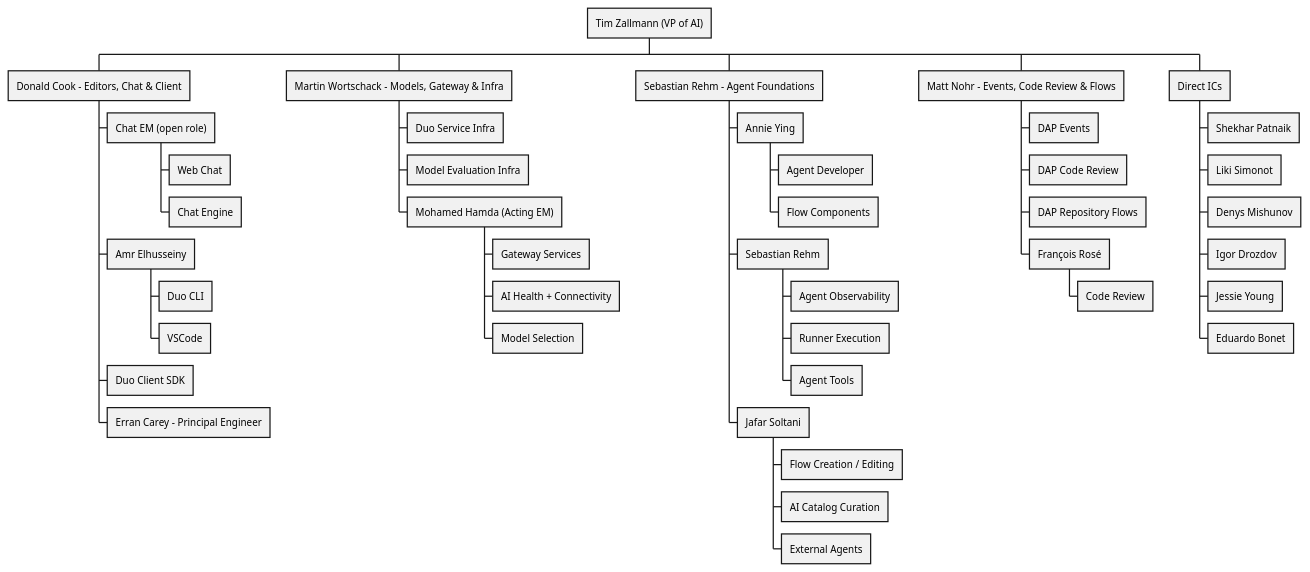
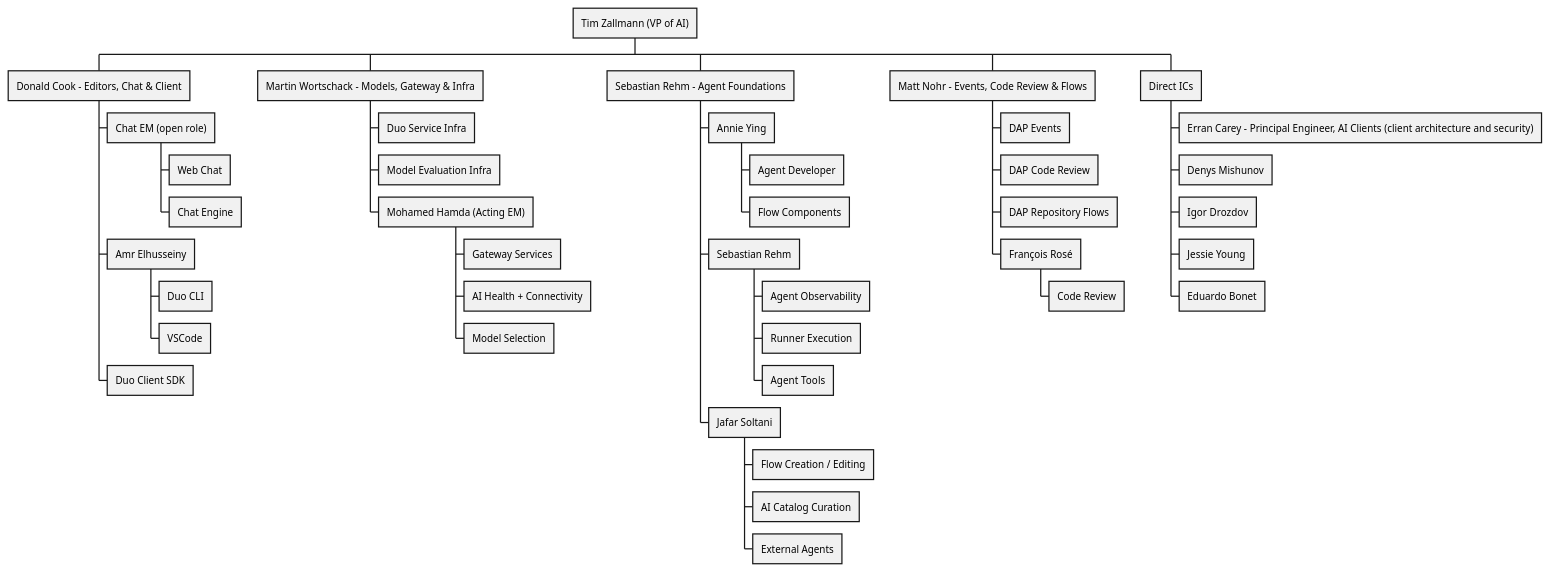
The diagram in content/handbook/engineering/ai/_index.md (kyama0/gitlab-handbook-ja), drawn with PlantUML before and after one commit. The commit also changed other lines of this file and 45 other files, not shown here.

````diff
--- a/content/handbook/engineering/ai/_index.md
+++ b/content/handbook/engineering/ai/_index.md
@@ -25,46 +25,44 @@
 ```plantuml
 @startwbs
 * Tim Zallmann (VP of AI)
 ** Donald Cook - Editors, Chat & Client
 *** Chat EM (open role)
 **** Web Chat
 **** Chat Engine
 *** Amr Elhusseiny
 **** Duo CLI
 **** VSCode
 *** Duo Client SDK
-*** Erran Carey - Principal Engineer
 ** Martin Wortschack - Models, Gateway & Infra
 *** Duo Service Infra
 *** Model Evaluation Infra
 *** Mohamed Hamda (Acting EM)
 **** Gateway Services
 **** AI Health + Connectivity
 **** Model Selection
 ** Sebastian Rehm - Agent Foundations
 *** Annie Ying
 **** Agent Developer
 **** Flow Components
 *** Sebastian Rehm
 **** Agent Observability
 **** Runner Execution
 **** Agent Tools
 *** Jafar Soltani
 **** Flow Creation / Editing
 **** AI Catalog Curation
 **** External Agents
 ** Matt Nohr - Events, Code Review & Flows
 *** DAP Events
 *** DAP Code Review
 *** DAP Repository Flows
 *** François Rosé
 **** Code Review
 ** Direct ICs
-*** Shekhar Patnaik
-*** Liki Simonot
+*** Erran Carey - Principal Engineer, AI Clients (client architecture and security)
 *** Denys Mishunov
 *** Igor Drozdov
 *** Jessie Young
 *** Eduardo Bonet
 @endwbs
 ```
````
